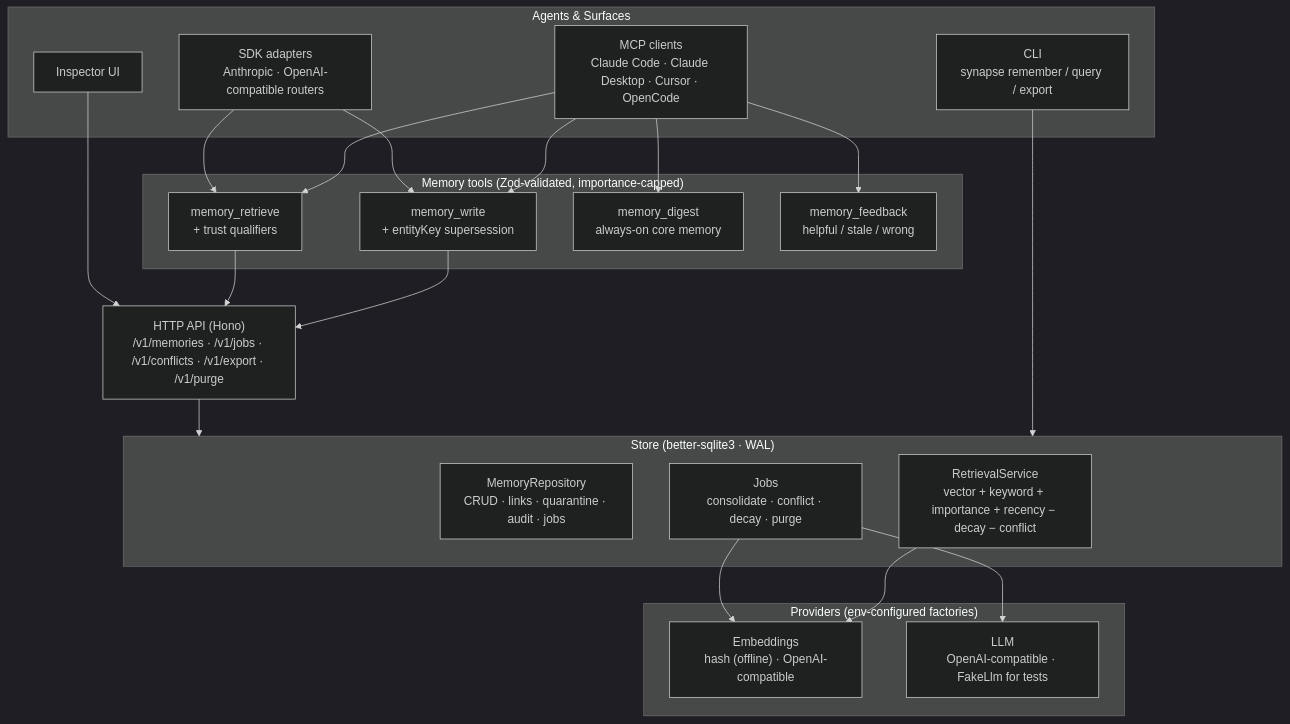
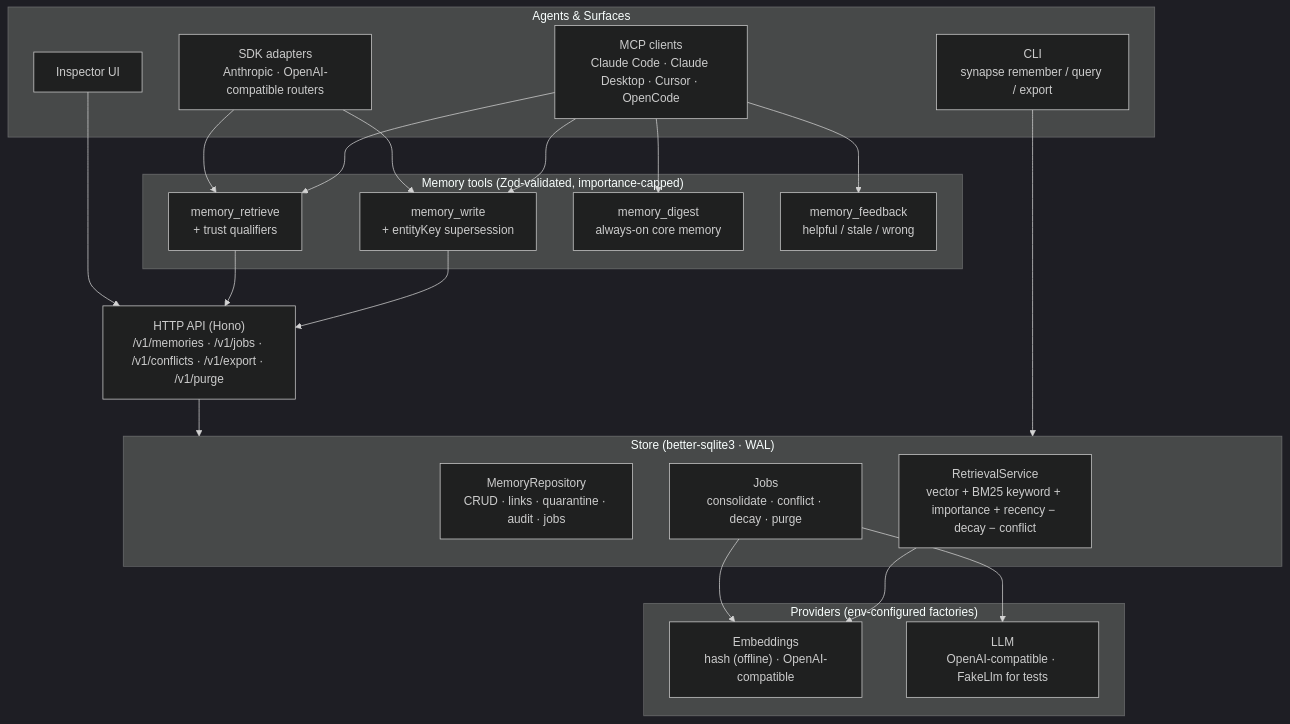
The diagram in README.md (Danialsamadi/synapse), drawn with Mermaid (dark theme) before and after one commit. The commit also changed other lines of this file, not shown here.

Commit message:
docs: README refresh — FTS5/BM25 retrieval, secret detection, abstention, link expansion, dedup, engram-v3 result

````diff
--- a/README.md
+++ b/README.md
@@ -15,39 +15,39 @@
 ```mermaid
 flowchart TB
     subgraph Agents["Agents & Surfaces"]
         MCP["MCP clients<br/>Claude Code · Claude Desktop · Cursor · OpenCode"]
         SDK["SDK adapters<br/>Anthropic · OpenAI-compatible routers"]
         CLI["CLI<br/>synapse remember / query / export"]
         UI["Inspector UI"]
     end
 
     subgraph Tools["Memory tools (Zod-validated, importance-capped)"]
         W["memory_write<br/>+ entityKey supersession"]
         R["memory_retrieve<br/>+ trust qualifiers"]
         D["memory_digest<br/>always-on core memory"]
         F["memory_feedback<br/>helpful / stale / wrong"]
     end
 
     API["HTTP API (Hono)<br/>/v1/memories · /v1/jobs · /v1/conflicts · /v1/export · /v1/purge"]
 
     subgraph Store["Store (better-sqlite3 · WAL)"]
         REPO["MemoryRepository<br/>CRUD · links · quarantine · audit · jobs"]
-        RET["RetrievalService<br/>vector + keyword + importance + recency − decay − conflict"]
+        RET["RetrievalService<br/>vector + BM25 keyword + importance + recency − decay − conflict"]
         JOBS["Jobs<br/>consolidate · conflict · decay · purge"]
     end
 
     subgraph Providers["Providers (env-configured factories)"]
         EMB["Embeddings<br/>hash (offline) · OpenAI-compatible"]
         LLM["LLM<br/>OpenAI-compatible · FakeLlm for tests"]
     end
 
     MCP --> W & R & D & F
     SDK --> W & R
     W & R --> API
     CLI --> Store
     UI --> API
     API --> Store
     RET --> EMB
     JOBS --> LLM
     JOBS --> EMB
 ```
````
